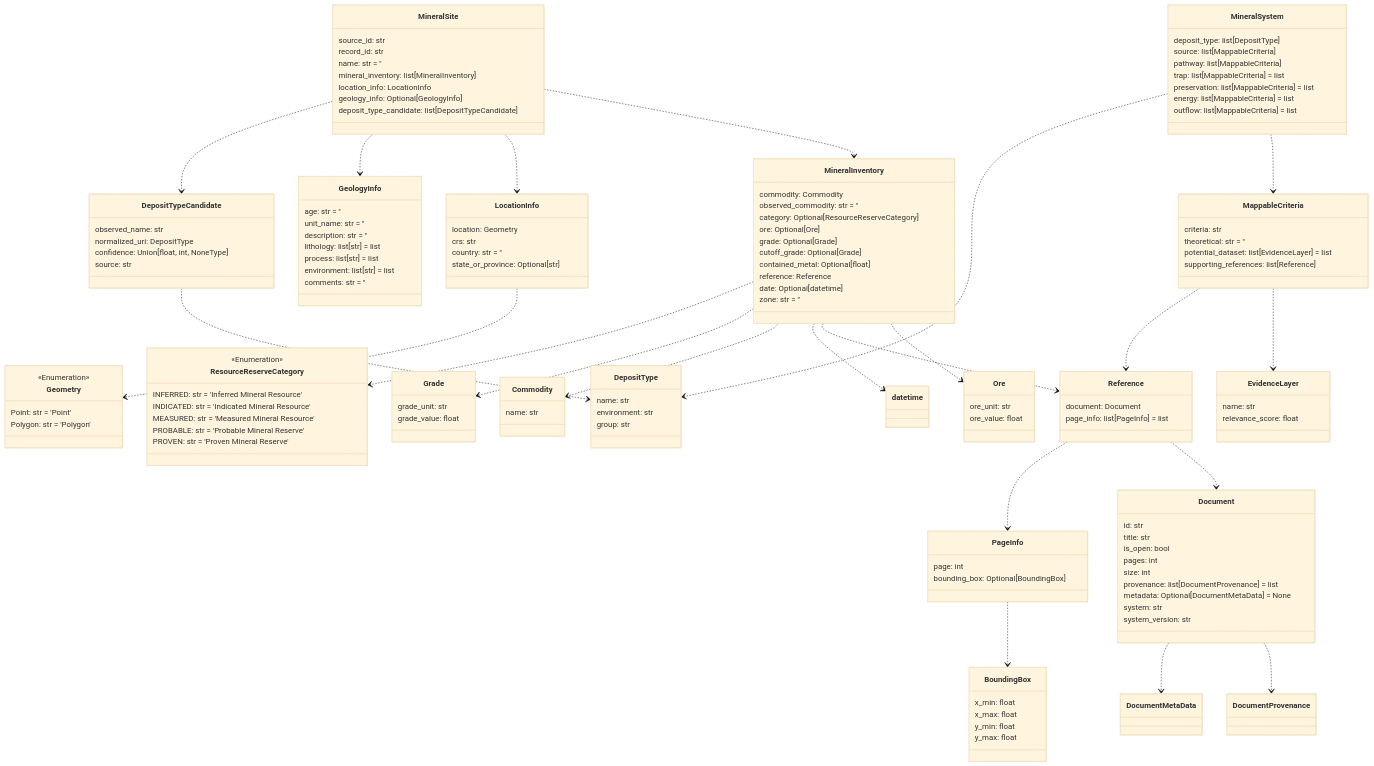
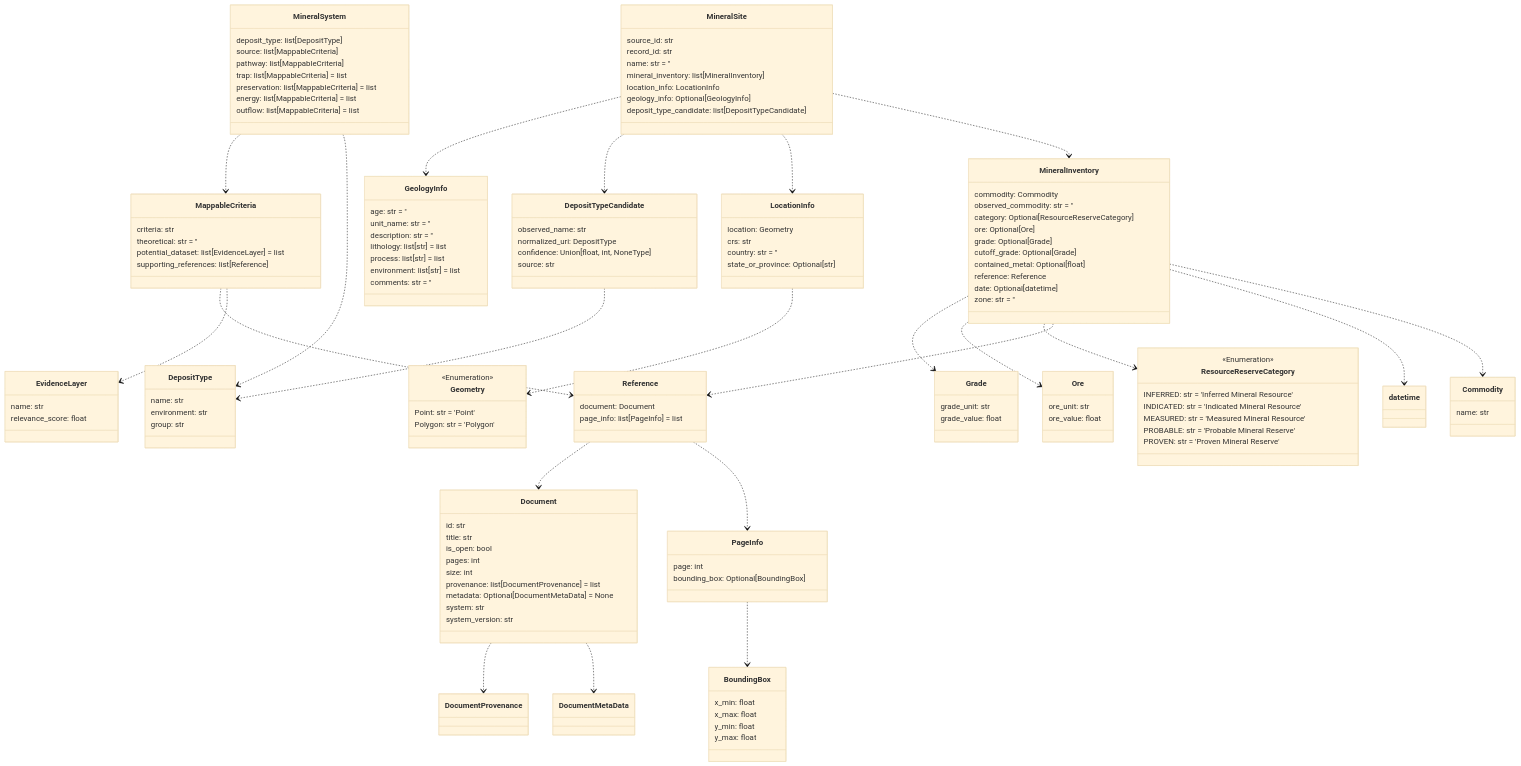
The tenth of 12 diagrams in README.md (DARPA-CRITICALMAAS/cdr_schemas), drawn with Mermaid (base theme) before and after one commit. The commit also changed other lines of this file and 1 other file, not shown here.

```diff
--- a/README.md
+++ b/README.md
@@ -743,6 +743,50 @@
         normalized_uri: DepositType
         confidence: Union[float, int, NoneType]
         source: str
+    }
+
+    class EvidenceLayer {
+        name: str
+        relevance_score: float
+    }
+
+    class GeologyInfo {
+        age: str = ''
+        unit_name: str = ''
+        description: str = ''
+        lithology: list[str] = list
+        process: list[str] = list
+        environment: list[str] = list
+        comments: str = ''
+    }
+
+    class Grade {
+        grade_unit: str
+        grade_value: float
+    }
+
+    class DepositType {
+        name: str
+        environment: str
+        group: str
+    }
+
+    class BoundingBox {
+        x_min: float
+        x_max: float
+        y_min: float
+        y_max: float
+    }
+
+    class MappableCriteria {
+        criteria: str
+        theoretical: str = ''
+        potential_dataset: list[EvidenceLayer] = list
+        supporting_references: list[Reference]
+    }
+
+    class Commodity {
+        name: str
     }
 
     class MineralInventory {
@@ -758,25 +802,9 @@
         zone: str = ''
     }
 
-    class Geometry {
-        <<Enumeration>>
-        Point: str = 'Point'
-        Polygon: str = 'Polygon'
-    }
-
-    class GeologyInfo {
-        age: str = ''
-        unit_name: str = ''
-        description: str = ''
-        lithology: list[str] = list
-        process: list[str] = list
-        environment: list[str] = list
-        comments: str = ''
-    }
-
-    class Reference {
-        document: Document
-        page_info: list[PageInfo] = list
+    class PageInfo {
+        page: int
+        bounding_box: Optional[BoundingBox]
     }
 
     class LocationInfo {
@@ -786,18 +814,9 @@
         state_or_province: Optional[str]
     }
 
-    class MineralSite {
-        source_id: str
-        record_id: str
-        name: str = ''
-        mineral_inventory: list[MineralInventory]
-        location_info: LocationInfo
-        geology_info: Optional[GeologyInfo]
-        deposit_type_candidate: list[DepositTypeCandidate]
-    }
-
-    class Commodity {
-        name: str
+    class Ore {
+        ore_unit: str
+        ore_value: float
     }
 
     class ResourceReserveCategory {
@@ -821,34 +840,15 @@
         system_version: str
     }
 
-    class DepositType {
-        name: str
-        environment: str
-        group: str
+    class Geometry {
+        <<Enumeration>>
+        Point: str = 'Point'
+        Polygon: str = 'Polygon'
     }
 
-    class MappableCriteria {
-        criteria: str
-        theoretical: str = ''
-        potential_dataset: list[EvidenceLayer] = list
-        supporting_references: list[Reference]
-    }
-
-    class BoundingBox {
-        x_min: float
-        x_max: float
-        y_min: float
-        y_max: float
-    }
-
-    class Grade {
-        grade_unit: str
-        grade_value: float
-    }
-
-    class EvidenceLayer {
-        name: str
-        relevance_score: float
+    class Reference {
+        document: Document
+        page_info: list[PageInfo] = list
     }
 
     class MineralSystem {
@@ -861,35 +861,35 @@
         outflow: list[MappableCriteria] = list
     }
 
-    class Ore {
-        ore_unit: str
-        ore_value: float
+    class MineralSite {
+        source_id: str
+        record_id: str
+        name: str = ''
+        mineral_inventory: list[MineralInventory]
+        location_info: LocationInfo
+        geology_info: Optional[GeologyInfo]
+        deposit_type_candidate: list[DepositTypeCandidate]
     }
 
-    class PageInfo {
-        page: int
-        bounding_box: Optional[BoundingBox]
-    }
-
+    Document ..> DocumentProvenance
     Document ..> DocumentMetaData
-    Document ..> DocumentProvenance
     DepositTypeCandidate ..> DepositType
     PageInfo ..> BoundingBox
+    Reference ..> Document
     Reference ..> PageInfo
-    Reference ..> Document
     MappableCriteria ..> Reference
     MappableCriteria ..> EvidenceLayer
+    MineralSystem ..> MappableCriteria
     MineralSystem ..> DepositType
-    MineralSystem ..> MappableCriteria
+    MineralInventory ..> Grade
+    MineralInventory ..> Ore
     MineralInventory ..> ResourceReserveCategory
-    MineralInventory ..> Grade
+    MineralInventory ..> Reference
+    MineralInventory ..> datetime
     MineralInventory ..> Commodity
-    MineralInventory ..> datetime
-    MineralInventory ..> Reference
-    MineralInventory ..> Ore
     LocationInfo ..> Geometry
+    MineralSite ..> GeologyInfo
     MineralSite ..> DepositTypeCandidate
-    MineralSite ..> GeologyInfo
     MineralSite ..> LocationInfo
     MineralSite ..> MineralInventory
 
```
